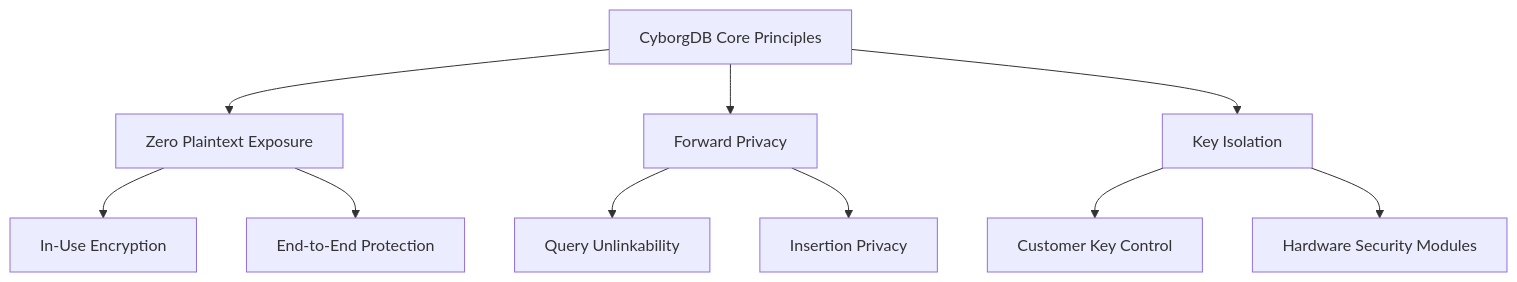
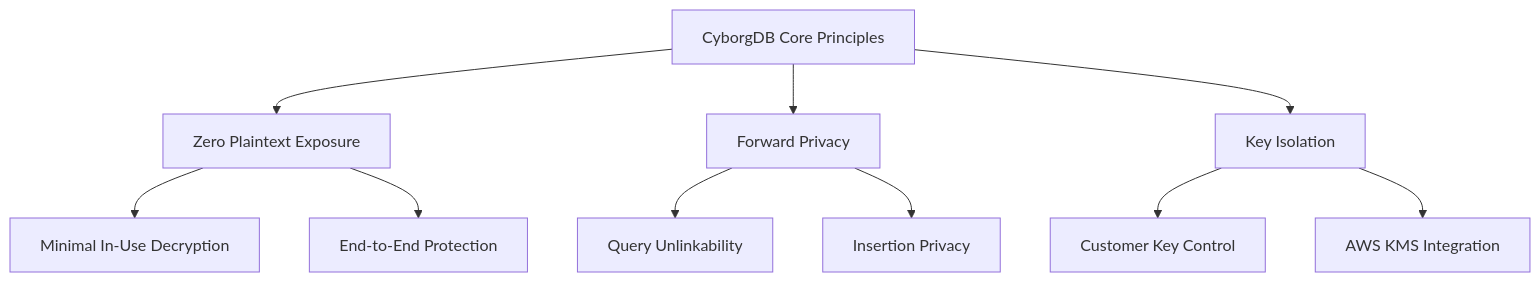
The second of 2 diagrams in versions/next/intro/security-overview.mdx (cyborginc/cyborgdb-docs), drawn with Mermaid before and after one commit. The commit also changed other lines of this file and 11 other files, not shown here.

````diff
--- a/versions/next/intro/security-overview.mdx
+++ b/versions/next/intro/security-overview.mdx
@@ -80,15 +80,15 @@
 ```mermaid
 graph TD
     A[CyborgDB Core Principles] --> B[Zero Plaintext Exposure]
     A --> C[Forward Privacy]
     A --> D[Key Isolation]
     
-    B --> F[In-Use Encryption]
+    B --> F[Minimal In-Use Decryption]
     B --> G[End-to-End Protection]
     
     C --> H[Query Unlinkability]
     C --> I[Insertion Privacy]
     
     D --> J[Customer Key Control]
-    D --> K[Hardware Security Modules]
+    D --> K[AWS KMS Integration]
 ```
````
